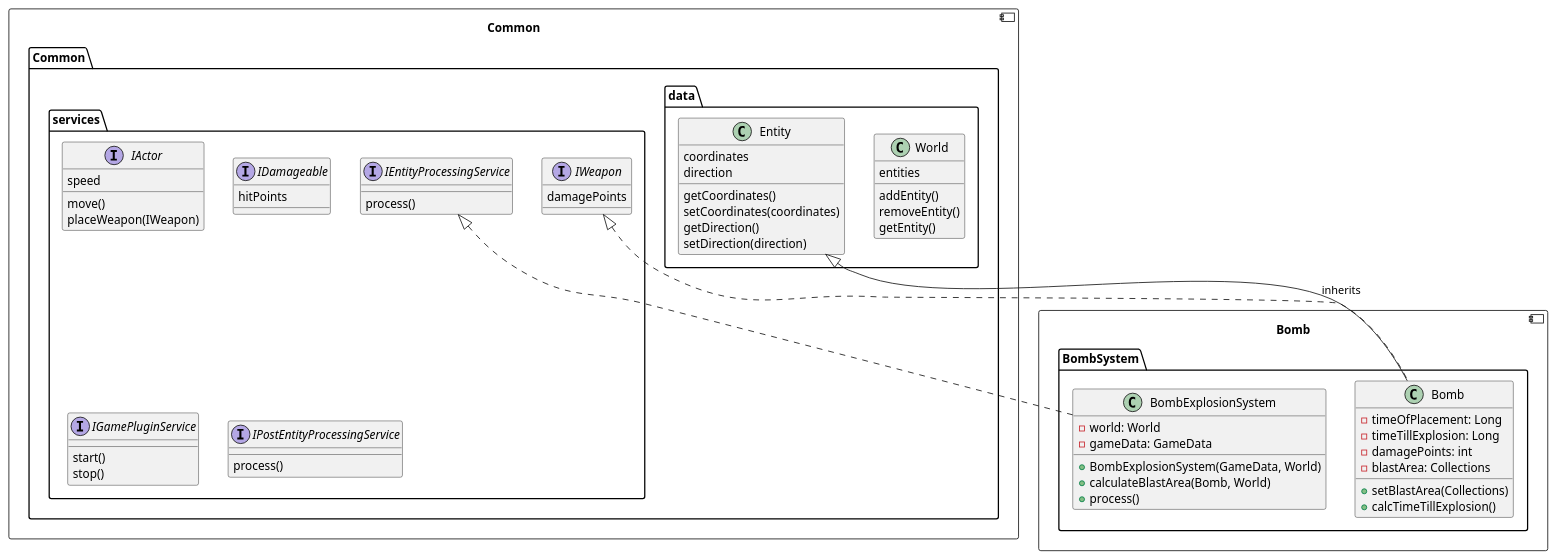
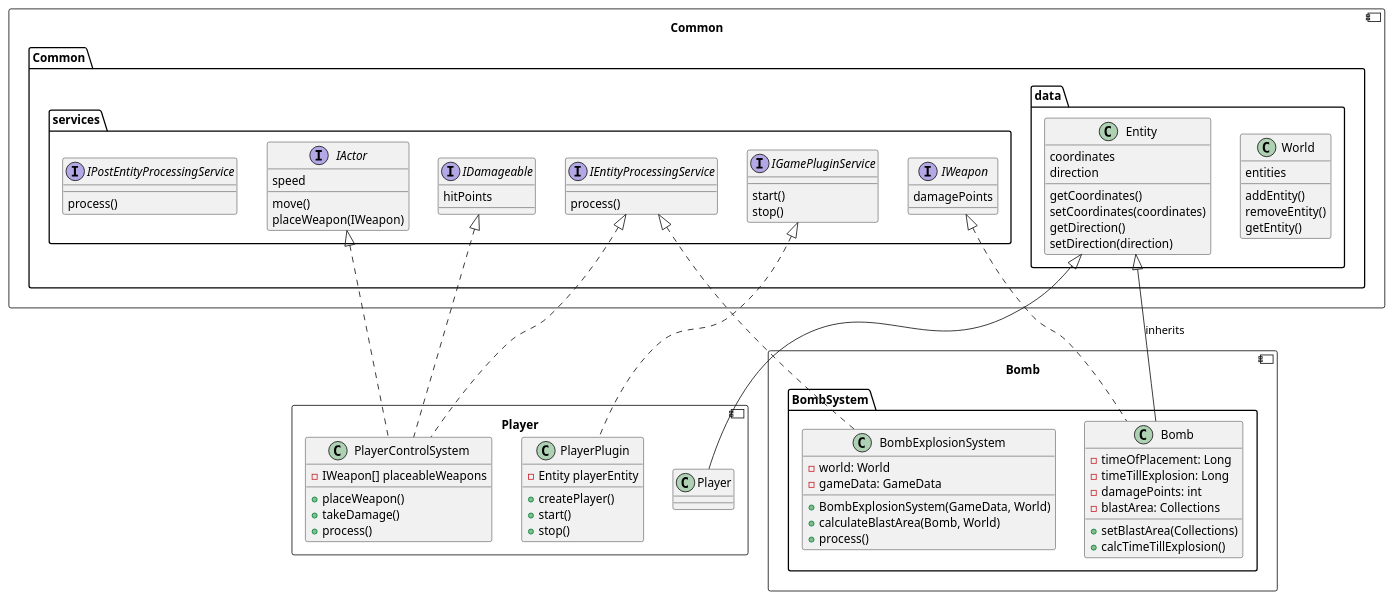
Before and after one commit to TidosDK/boom-battle: the diagram in Documentation/class_diagram.puml, drawn with PlantUML.

Commit message:
Insert player in class_diagram

```diff
--- a/Documentation/class_diagram.puml
+++ b/Documentation/class_diagram.puml
@@ -1,95 +1,120 @@
 @startuml
 component Common {
     package Common {
 
         package services {
             interface IActor {
                 speed
                 move()
                 placeWeapon(IWeapon)
             }
 
             interface IWeapon {
                 damagePoints
             }
 
             interface IDamageable {
                 hitPoints
             }
 
             interface IGamePluginService {
                 start()
                 stop()
             }
 
             interface IEntityProcessingService {
                 process()
             }
 
             interface IPostEntityProcessingService {
                 process()
             }
         }
 
         package data {
             class World {
                 entities
                 addEntity()
                 removeEntity()
                 getEntity()
             }
 
             class Entity {
                 coordinates
                 direction
 
                 getCoordinates()
                 setCoordinates(coordinates)
                 getDirection()
                 setDirection(direction)
             }
         }
     }
 
 
 '	component Parts {
 '		interface EntityPart {
 '			process()
 '		}
 '
 '		class LifePart implements EntityPart {
 '		}
 '
 '		class MovingPart implements EntityPart {
 '		}
 '
 '		class PositionPart implements EntityPart {
 '		}
 '
 '	}
 }
 component Bomb{
     package BombSystem {
         class Bomb implements Common.Common.services.IWeapon{
             - timeOfPlacement: Long
             - timeTillExplosion: Long
             - damagePoints: int
             - blastArea: Collections
             + setBlastArea(Collections)
             + calcTimeTillExplosion()
         }
         Bomb --|> Entity : inherits
 
         class BombExplosionSystem implements Common.Common.services.IEntityProcessingService {
             - world: World
             - gameData: GameData
             + BombExplosionSystem(GameData, World)
             + calculateBlastArea(Bomb, World)
             + process()
         }
     }
 }
 
+component Player {
+    class Player {
+    }
+
+    class PlayerControlSystem {
+    - IWeapon[] placeableWeapons
+    + placeWeapon()
+    + takeDamage()
+    + process()
+    }
+
+    class PlayerPlugin {
+    - Entity playerEntity
+    + createPlayer()
+    + start()
+    + stop()
+    }
+
+    Common.Common.services.IActor <|.. Player.PlayerControlSystem
+    Common.Common.services.IDamageable <|.. Player.PlayerControlSystem
+    Common.Common.data.Entity <|-- Player.Player
+    Common.Common.services.IEntityProcessingService <|.. Player.PlayerControlSystem
+    Common.Common.services.IGamePluginService <|.. Player.PlayerPlugin
+}
+
 
 
 @enduml
```
